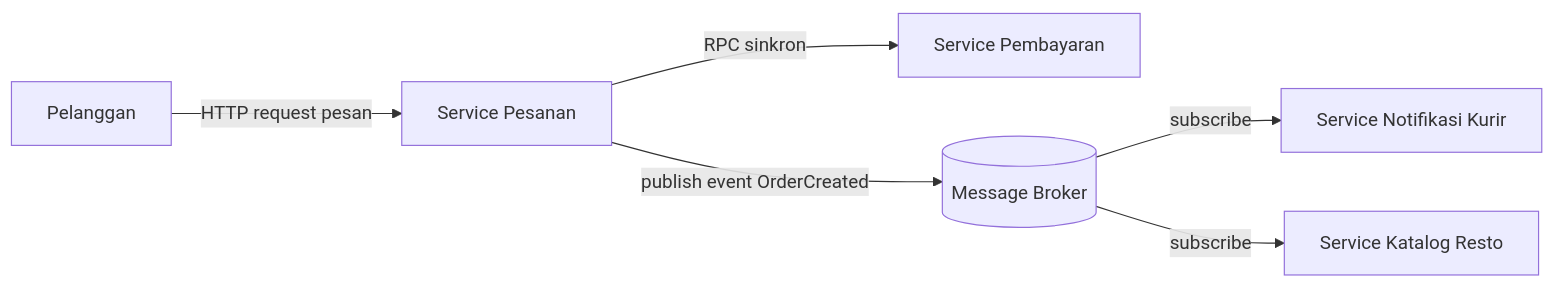
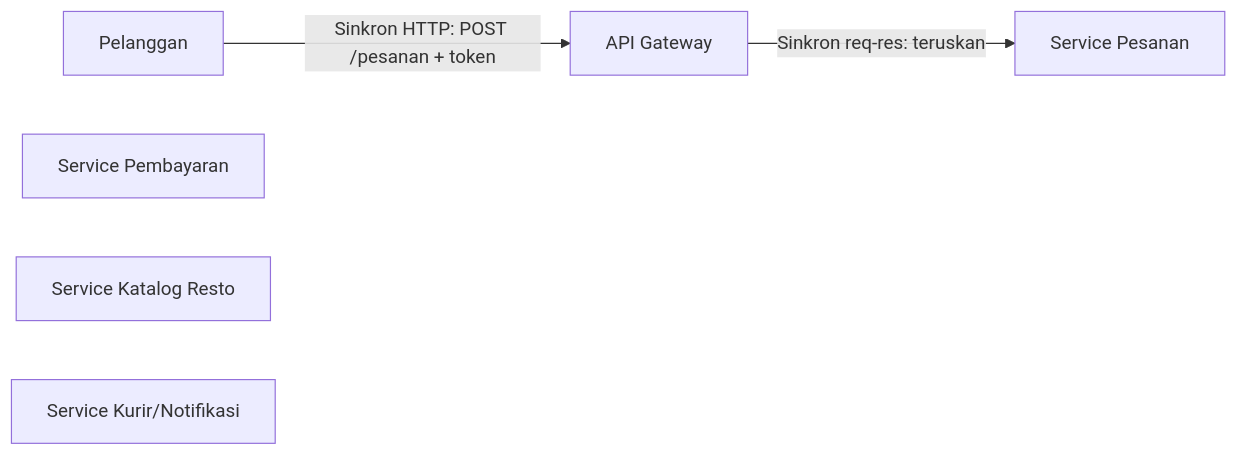
Before and after one commit to jienjii/komputasi-awan-dan-terdistribusi: the diagram in tugas-02-perancangan-arsitektur/README.md, drawn with Mermaid.

````diff
--- a/tugas-02-perancangan-arsitektur/README.md
+++ b/tugas-02-perancangan-arsitektur/README.md
@@ -22,8 +21,13 @@
 ```mermaid
 graph LR
-  Client[Pelanggan] -->|HTTP request pesan| OrderSvc[Service Pesanan]
-  OrderSvc -->|RPC sinkron| PaymentSvc[Service Pembayaran]
-  OrderSvc -->|publish event OrderCreated| Broker[(Message Broker)]
-  Broker -->|subscribe| NotifSvc[Service Notifikasi Kurir]
-  Broker -->|subscribe| RestoSvc[Service Katalog Resto]
+  Client[Pelanggan]
+  GW[API Gateway]
+  Order[Service Pesanan]
+  Pay[Service Pembayaran]
+  Resto[Service Katalog Resto]
+  Kurir[Service Kurir/Notifikasi]
+
+  Client -->|Sinkron HTTP: POST /pesanan + token| GW
+  GW -->|Sinkron req-res: teruskan| Order
+  %% panah 2 sampai 7: tulis sendiri dari tabel di bawah
 ```
````
